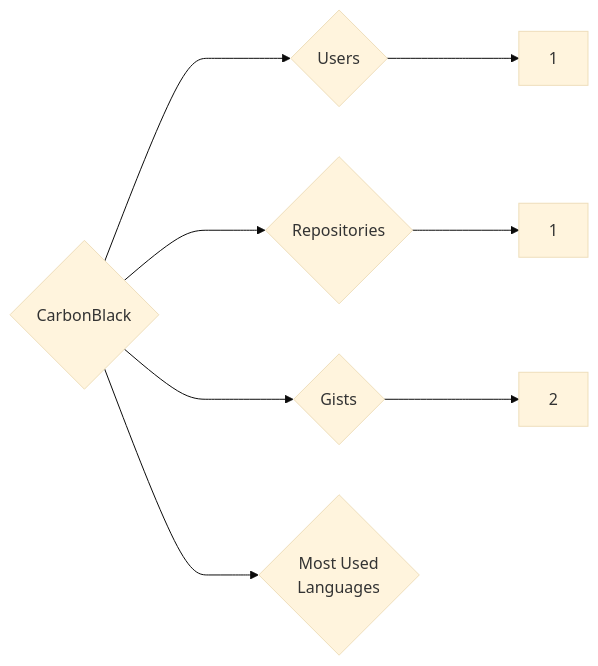
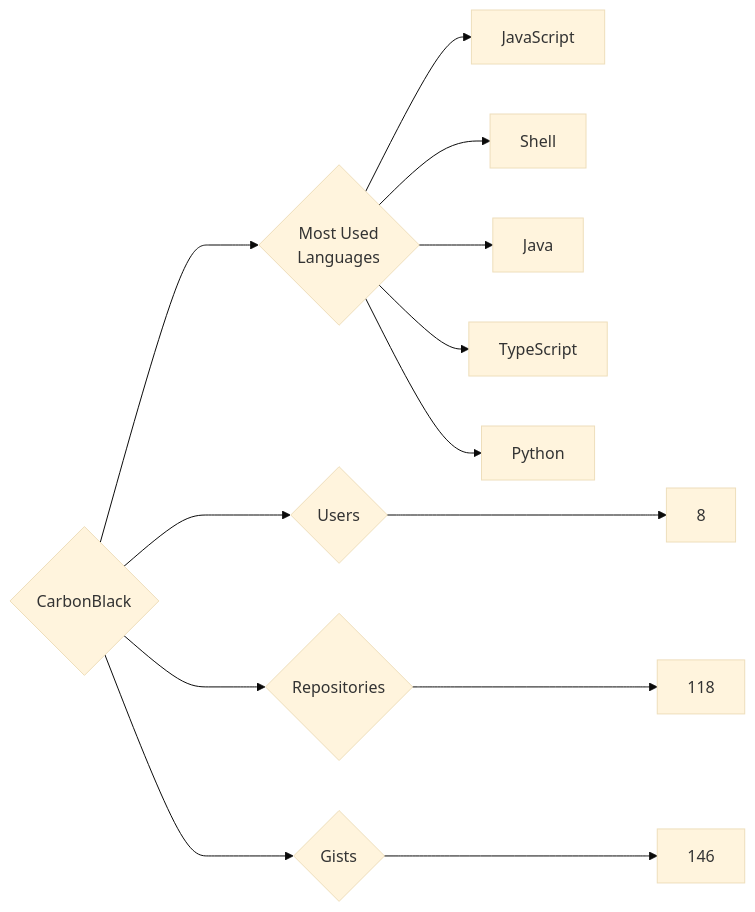
One commit to trickest/insiders changed the diagram in targets/CarbonBlack/README.md. Above: the diagram before and after it, drawn with Mermaid (base theme). The commit also changed 1166 other files, not shown here.

````diff
--- a/targets/CarbonBlack/README.md
+++ b/targets/CarbonBlack/README.md
@@ -3,8 +3,13 @@
 ```mermaid
 graph LR
 COMPANY_NAME{CarbonBlack}
-COMPANY_NAME ---> U{Users} ---> UN[1]
-COMPANY_NAME ---> R{Repositories} ---> RN[1]
-COMPANY_NAME ---> G{Gists} ---> GN[2]
+COMPANY_NAME ---> U{Users} ---> UN[8]
+COMPANY_NAME ---> R{Repositories} ---> RN[118]
+COMPANY_NAME ---> G{Gists} ---> GN[146]
 COMPANY_NAME ---> ML{Most Used<br>Languages}
+ML --> JavaScript[JavaScript]
+ML --> Shell[Shell]
+ML --> Java[Java]
+ML --> TypeScript[TypeScript]
+ML --> Python[Python]
 ```
````
